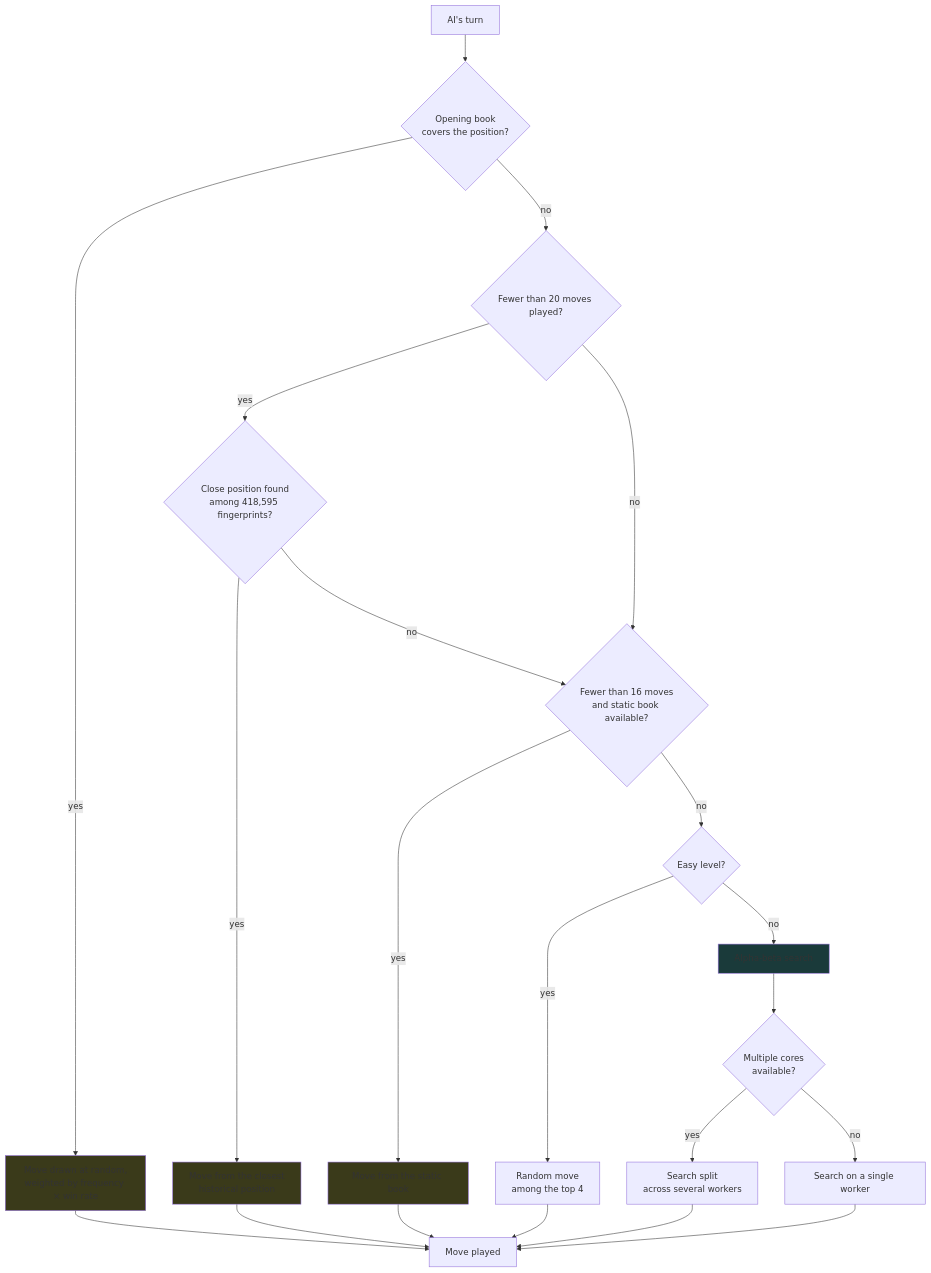
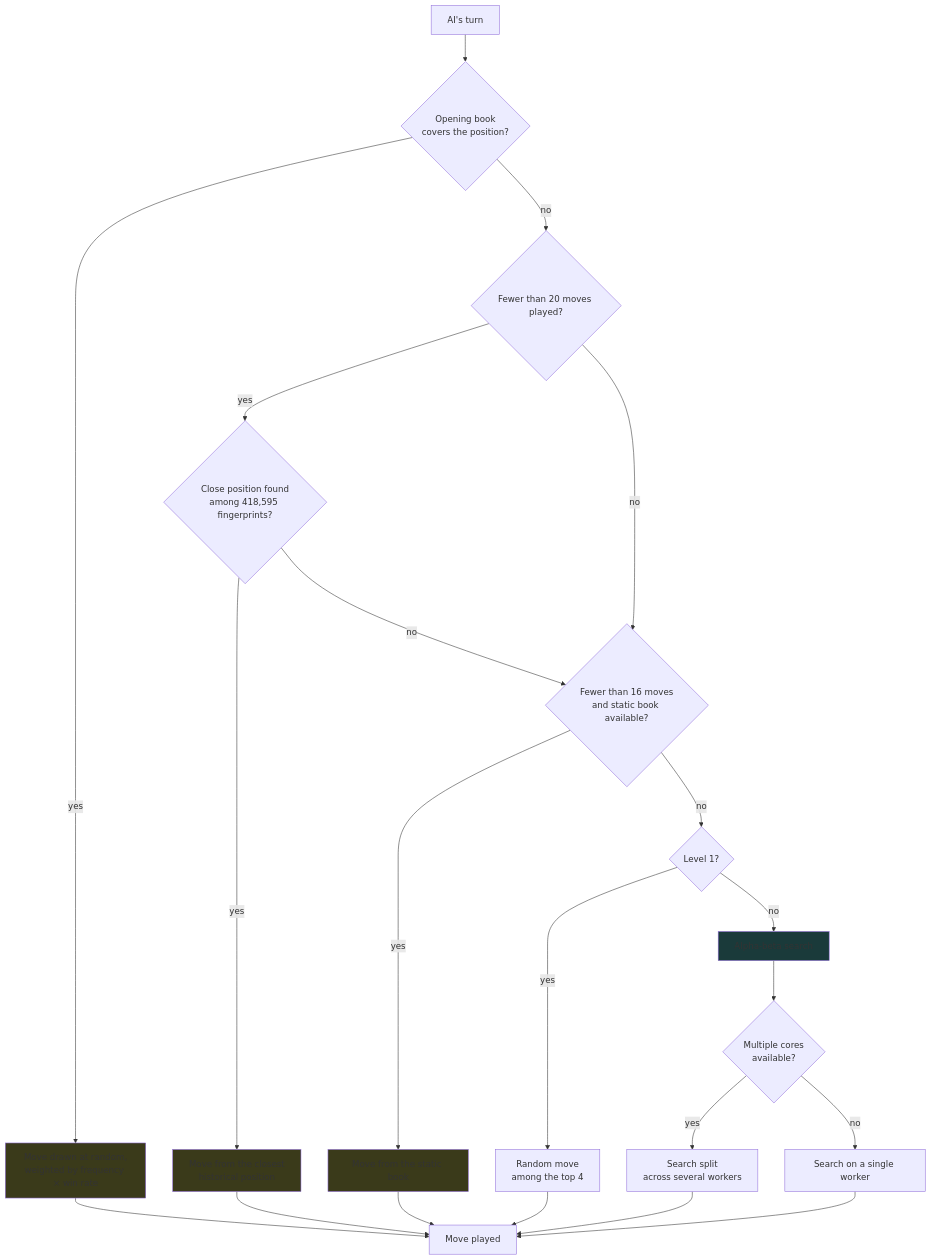
One commit to ocj94/Abalassembly changed the first of 3 diagrams in docs-en/Architecture.en.md. Above: the diagram before and after it, drawn with Mermaid. The commit also changed 17 other files, not shown here.

````diff
--- a/docs-en/Architecture.en.md
+++ b/docs-en/Architecture.en.md
@@ -15,28 +15,28 @@
 ```mermaid
 flowchart TD
     A[AI's turn] --> B{Opening book<br/>covers the position?}
     B -->|yes| B1[Move drawn at random,<br/>weighted by frequency × win rate]
     B -->|no| C{Fewer than 20 moves played?}
     C -->|yes| C1{Close position found<br/>among 418,595 fingerprints?}
     C1 -->|yes| C2[Move from the closest<br/>historical position]
     C1 -->|no| D
     C -->|no| D{Fewer than 16 moves<br/>and static book available?}
     D -->|yes| D1[Move from the static book]
-    D -->|no| E{Easy level?}
+    D -->|no| E{Level 1?}
     E -->|yes| E1[Random move<br/>among the top 4]
     E -->|no| F[Alpha-beta search]
     F --> G{Multiple cores<br/>available?}
     G -->|yes| G1[Search split<br/>across several workers]
     G -->|no| G2[Search on a single worker]
     G1 --> H[Move played]
     G2 --> H
     B1 --> H
     C2 --> H
     D1 --> H
     E1 --> H
 
     style B1 fill:#3a3a1a
     style C2 fill:#3a3a1a
     style D1 fill:#3a3a1a
     style F fill:#1a3a3a
 ```
````
